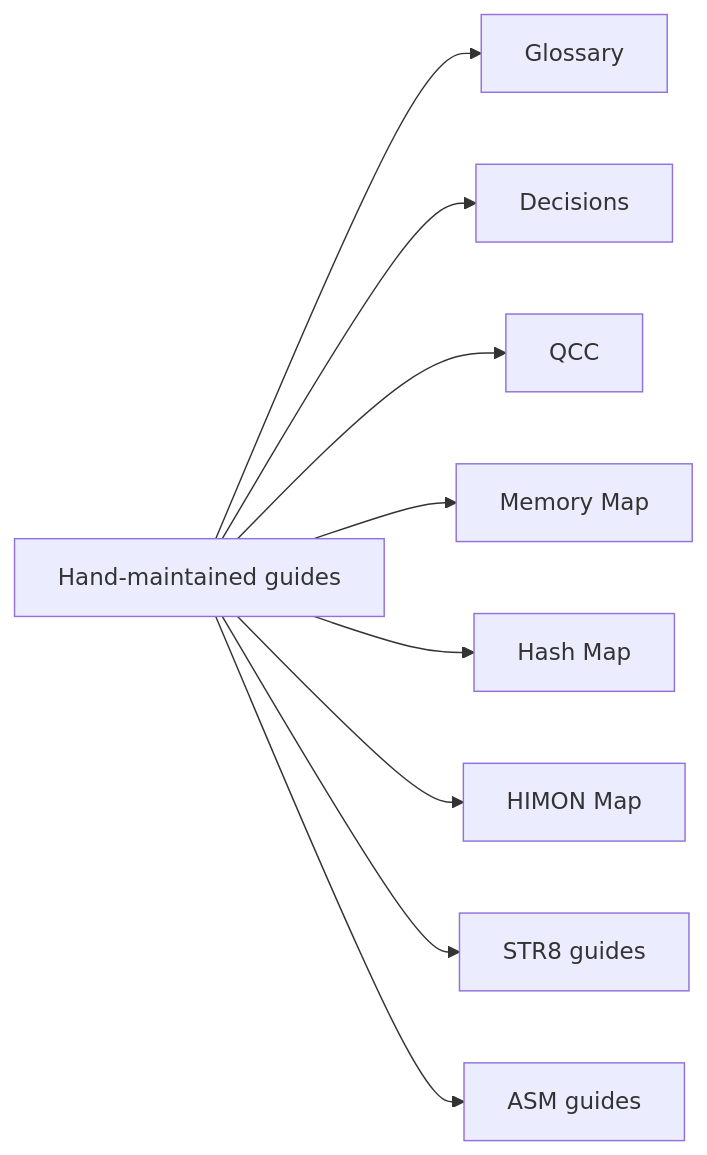
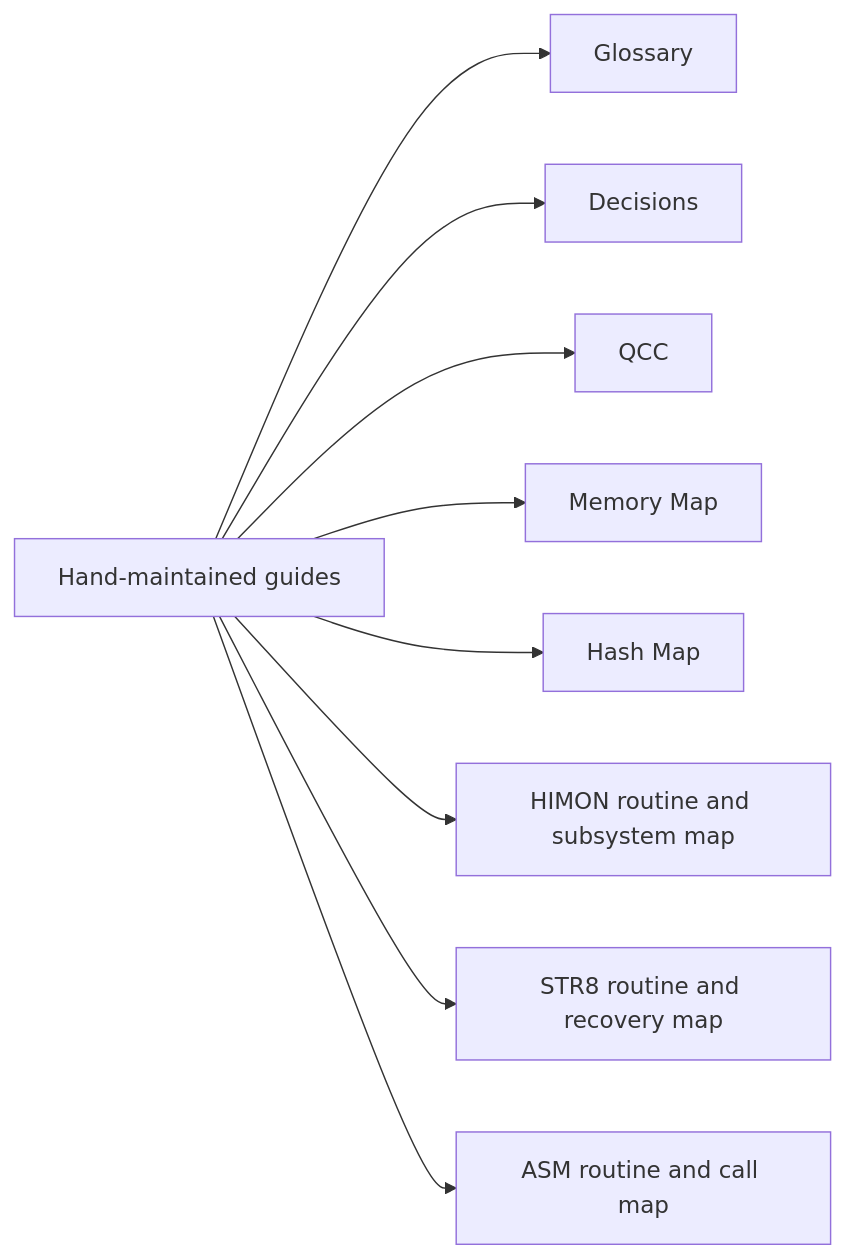
One commit to 95westus/R-YORS changed the second of 3 diagrams in DOC/GENERATED/MAP_OF_MAPS.md. Above: the diagram before and after it, drawn with Mermaid. The commit also changed other lines of this file and 36 other files, not shown here.

````diff
--- a/DOC/GENERATED/MAP_OF_MAPS.md
+++ b/DOC/GENERATED/MAP_OF_MAPS.md
@@ -53,11 +55,11 @@
 ```mermaid
 flowchart LR
     GUIDE[Hand-maintained guides] --> GLOSS[Glossary]
     GUIDE --> DEC[Decisions]
     GUIDE --> QCC[QCC]
     GUIDE --> MEM[Memory Map]
     GUIDE --> HASH[Hash Map]
-    GUIDE --> HIMON[HIMON Map]
-    GUIDE --> STR8[STR8 guides]
-    GUIDE --> ASM[ASM guides]
+    GUIDE --> HIMON[HIMON routine and subsystem map]
+    GUIDE --> STR8[STR8 routine and recovery map]
+    GUIDE --> ASM[ASM routine and call map]
 ```
````
